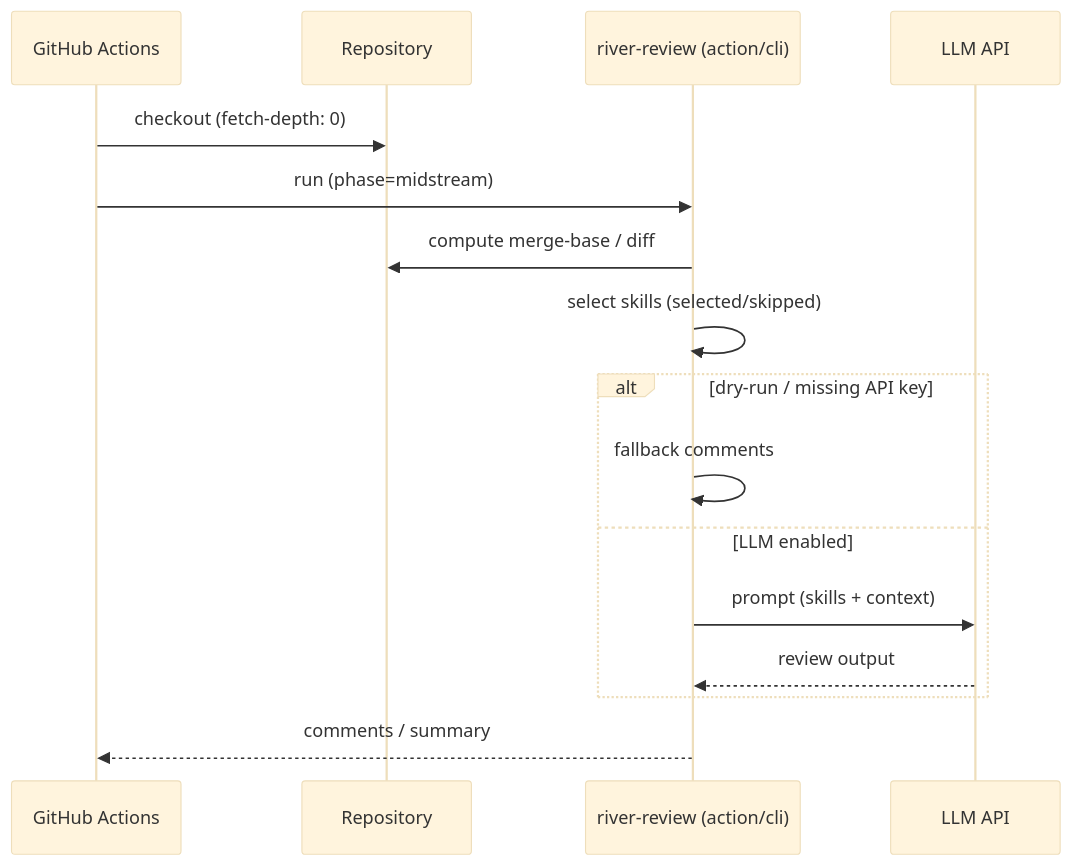
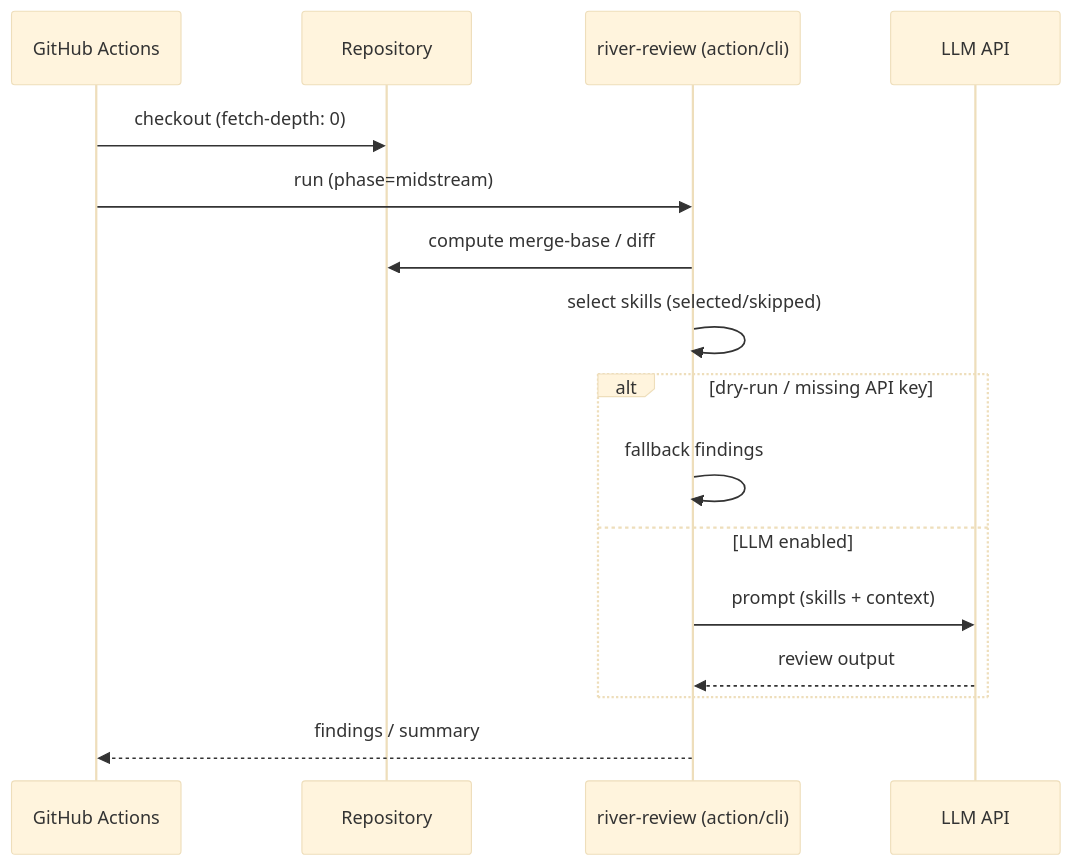
One commit to s977043/river-reviewer changed the second of 3 diagrams in pages/explanation/river-architecture.en.md. Above: the diagram before and after it, drawn with Mermaid (base theme). The commit also changed other lines of this file and 16 other files, not shown here.

````diff
--- a/pages/explanation/river-architecture.en.md
+++ b/pages/explanation/river-architecture.en.md
@@ -30,19 +30,19 @@
 ```mermaid
 sequenceDiagram
   participant GH as GitHub Actions
   participant Repo as Repository
   participant River as river-review (action/cli)
   participant LLM as LLM API
 
   GH->>Repo: checkout (fetch-depth: 0)
   GH->>River: run (phase=midstream)
   River->>Repo: compute merge-base / diff
   River->>River: select skills (selected/skipped)
   alt dry-run / missing API key
-    River->>River: fallback comments
+    River->>River: fallback findings
   else LLM enabled
     River->>LLM: prompt (skills + context)
     LLM-->>River: review output
   end
-  River-->>GH: comments / summary
+  River-->>GH: findings / summary
 ```
````
